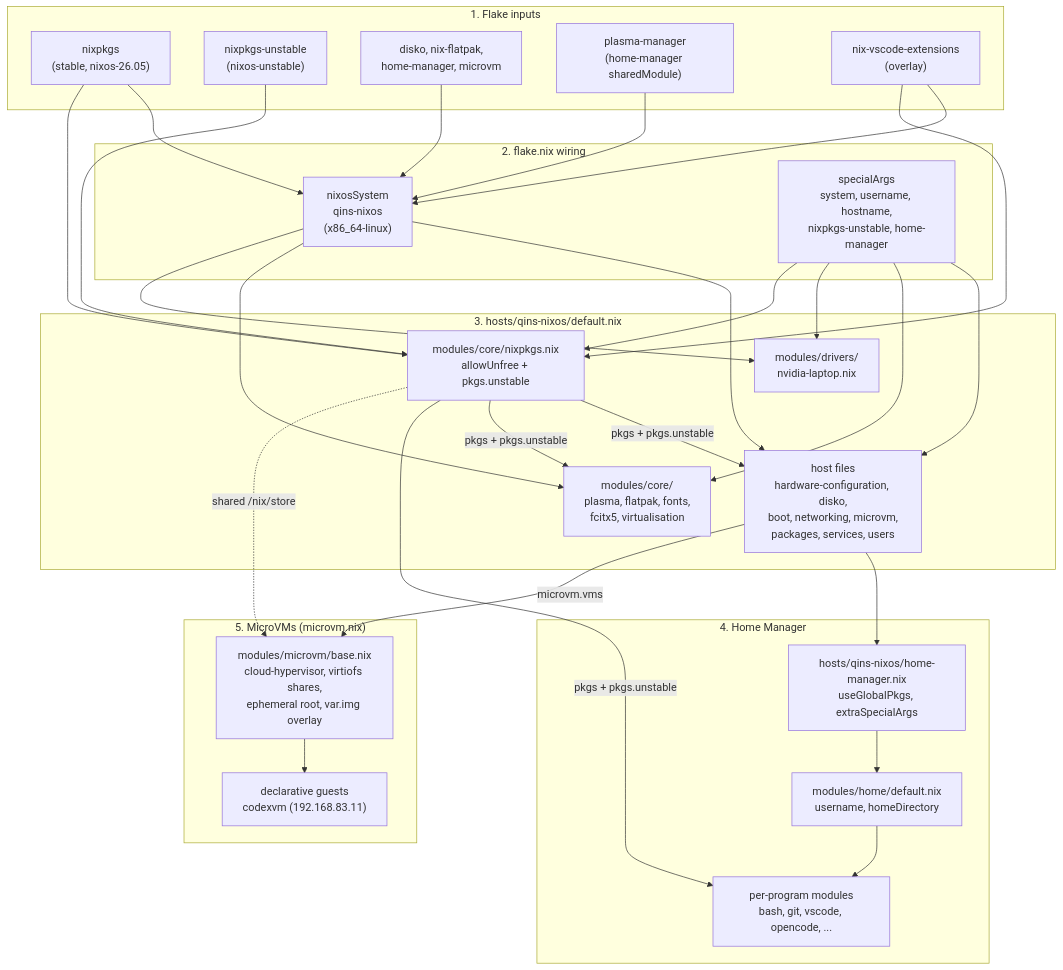
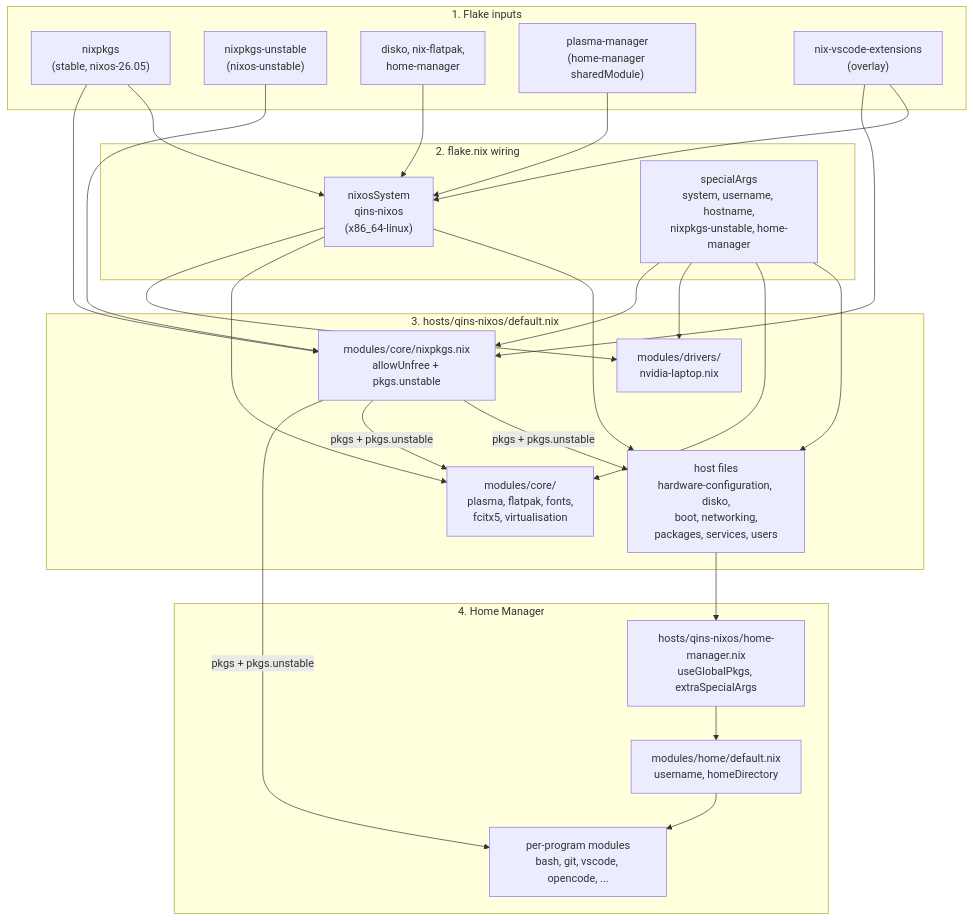
The diagram in README.md (qin-guan/nixos), drawn with Mermaid before and after one commit. The commit also changed other lines of this file and 2 other files, not shown here.

````diff
--- a/README.md
+++ b/README.md
@@ -26,60 +25,51 @@
 ```mermaid
 flowchart TD
     subgraph Inputs["1. Flake inputs"]
         StableIn["nixpkgs<br/>(stable, nixos-26.05)"]
         UnstableIn["nixpkgs-unstable<br/>(nixos-unstable)"]
-        ExtMods["disko, nix-flatpak,<br/>home-manager, microvm"]
+        ExtMods["disko, nix-flatpak,<br/>home-manager"]
         PlasmaMgr["plasma-manager<br/>(home-manager sharedModule)"]
         VscodeExt["nix-vscode-extensions<br/>(overlay)"]
     end
 
     subgraph Flake["2. flake.nix wiring"]
         Sys["nixosSystem<br/>qins-nixos<br/>(x86_64-linux)"]
         SpecialArgs["specialArgs<br/>system, username, hostname,<br/>nixpkgs-unstable, home-manager"]
     end
 
     subgraph Host["3. hosts/qins-nixos/default.nix"]
-        HostFiles["host files<br/>hardware-configuration, disko,<br/>boot, networking, microvm,<br/>packages, services, users"]
+        HostFiles["host files<br/>hardware-configuration, disko,<br/>boot, networking,<br/>packages, services, users"]
         Core["modules/core/<br/>plasma, flatpak, fonts,<br/>fcitx5, virtualisation"]
         Driver["modules/drivers/<br/>nvidia-laptop.nix"]
         PkgsCfg["modules/core/nixpkgs.nix<br/>allowUnfree + pkgs.unstable"]
     end
 
     subgraph Home["4. Home Manager"]
         HMBridge["hosts/qins-nixos/home-manager.nix<br/>useGlobalPkgs, extraSpecialArgs"]
         HomeRoot["modules/home/default.nix<br/>username, homeDirectory"]
         Programs["per-program modules<br/>bash, git, vscode, opencode, ..."]
-    end
-
-    subgraph MicroVMs["5. MicroVMs (microvm.nix)"]
-        VMBase["modules/microvm/base.nix<br/>cloud-hypervisor, virtiofs shares,<br/>ephemeral root, var.img overlay"]
-        VMGuests["declarative guests<br/>codexvm (192.168.83.11)"]
     end
 
     StableIn --> Sys
     ExtMods --> Sys
     PlasmaMgr --> Sys
     VscodeExt --> Sys
     Sys --> HostFiles
     Sys --> Core
     Sys --> Driver
     SpecialArgs --> HostFiles
     SpecialArgs --> Core
     SpecialArgs --> Driver
     SpecialArgs --> PkgsCfg
     StableIn --> PkgsCfg
     UnstableIn --> PkgsCfg
     VscodeExt --> PkgsCfg
 
     PkgsCfg -- "pkgs + pkgs.unstable" --> HostFiles
     PkgsCfg -- "pkgs + pkgs.unstable" --> Core
     PkgsCfg -- "pkgs + pkgs.unstable" --> Programs
 
     HostFiles --> HMBridge
     HMBridge --> HomeRoot
     HomeRoot --> Programs
-
-    HostFiles -- "microvm.vms" --> VMBase
-    VMBase --> VMGuests
-    PkgsCfg -. "shared /nix/store" .-> VMBase
 ```
````
